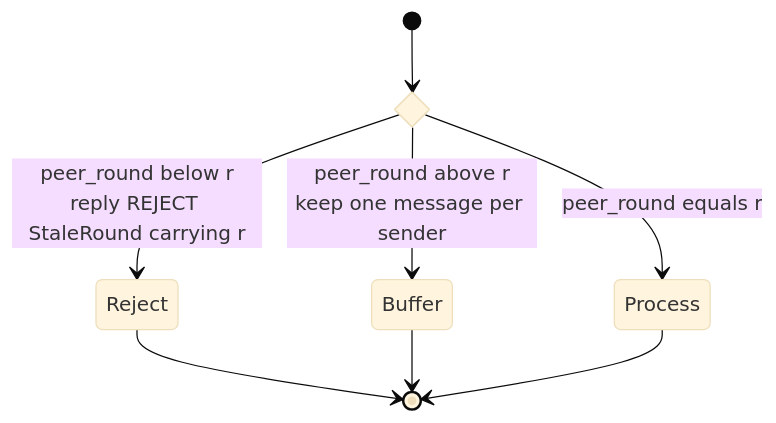
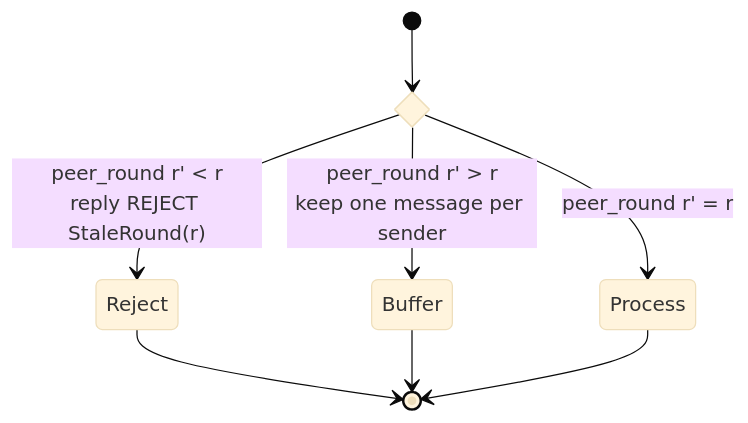
Before and after one commit to sig-net/mpc: the sixth of 6 diagrams in doc/posit_state_machine.md, drawn with Mermaid (base theme). The commit also changed other lines of this file, not shown here.

````diff
--- a/doc/posit_state_machine.md
+++ b/doc/posit_state_machine.md
@@ -219,11 +238,11 @@
 ```mermaid
 stateDiagram-v2
     state peer_round <<choice>>
     [*] --> peer_round
-    peer_round --> Reject: peer_round below r<br/>reply REJECT StaleRound carrying r
-    peer_round --> Buffer: peer_round above r<br/>keep one message per sender
-    peer_round --> Process: peer_round equals r
+    peer_round --> Reject: peer_round r' < r<br/>reply REJECT StaleRound(r)
+    peer_round --> Buffer: peer_round r' > r<br/>keep one message per sender
+    peer_round --> Process: peer_round r' = r
     Reject --> [*]
     Buffer --> [*]
     Process --> [*]
 ```
````
